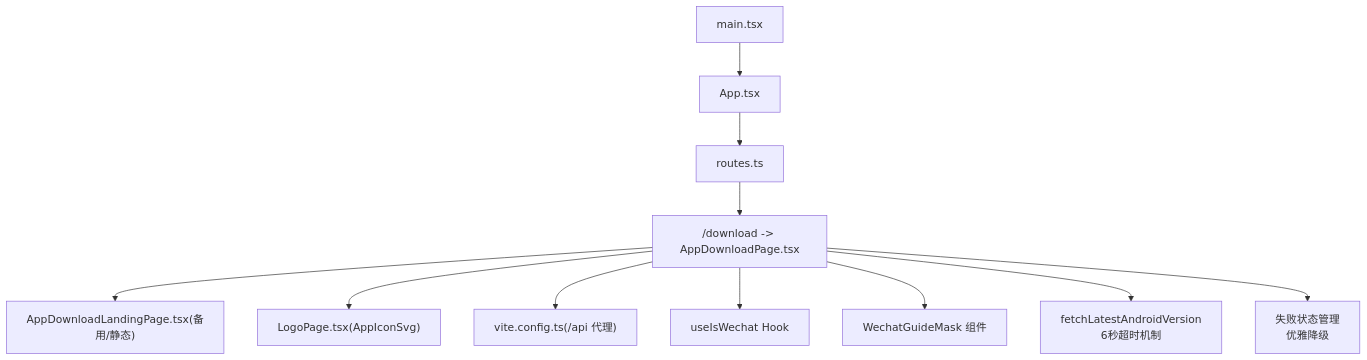
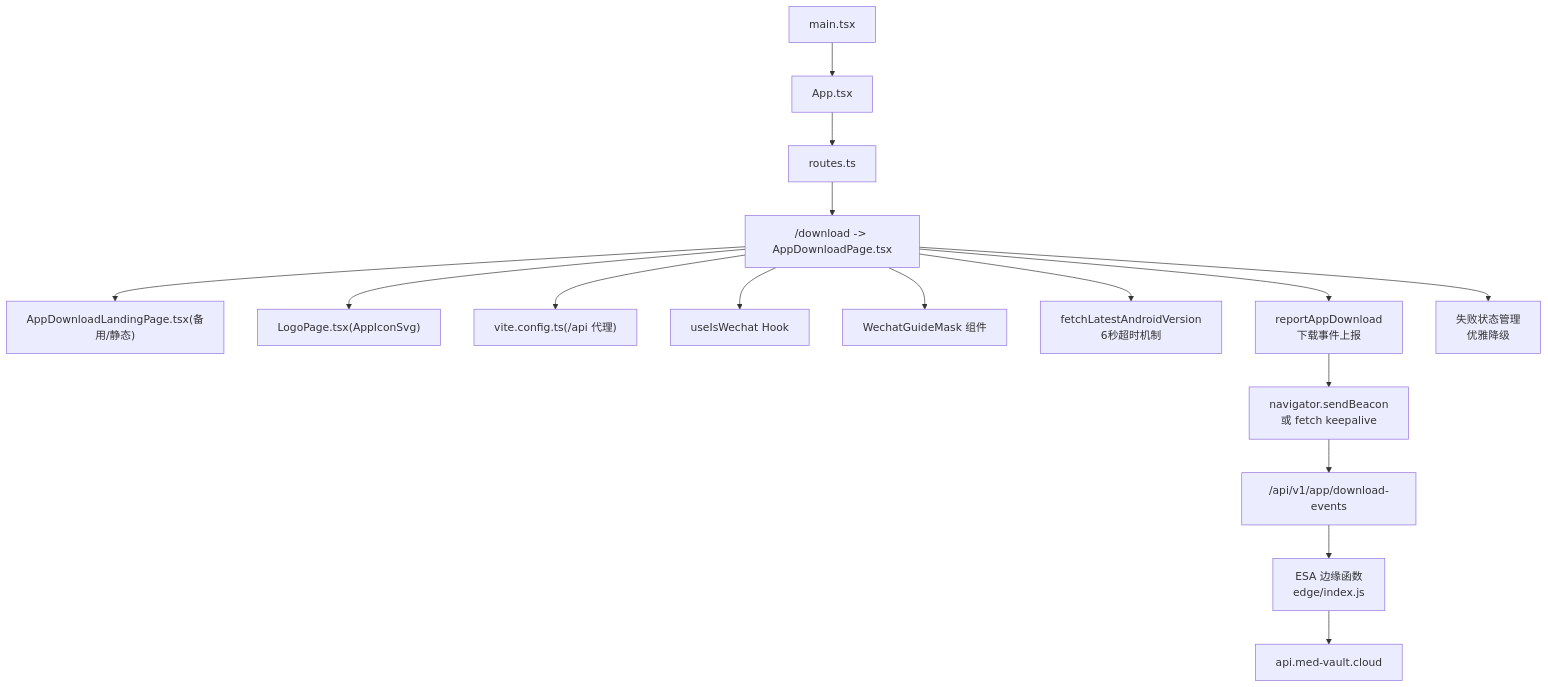
Before and after one commit to BlackWhiteBlock/med-vault-website: the first of 9 diagrams in .qoder/repowiki/zh/content/架构设计/组件架构设计/页面组件/应用下载落地页.md, drawn with Mermaid. The commit also changed other lines of this file and 2 other files, not shown here.

````diff
--- a/.qoder/repowiki/zh/content/架构设计/组件架构设计/页面组件/应用下载落地页.md
+++ b/.qoder/repowiki/zh/content/架构设计/组件架构设计/页面组件/应用下载落地页.md
@@ -57,13 +61,18 @@
 ```mermaid
 graph TB
 A["main.tsx"] --> B["App.tsx"]
 B --> C["routes.ts"]
 C --> D["/download -> AppDownloadPage.tsx"]
 D --> E["AppDownloadLandingPage.tsx(备用/静态)"]
 D --> F["LogoPage.tsx(AppIconSvg)"]
 D --> G["vite.config.ts(/api 代理)"]
 D --> H["useIsWechat Hook"]
 D --> I["WechatGuideMask 组件"]
 D --> J["fetchLatestAndroidVersion<br/>6秒超时机制"]
-D --> K["失败状态管理<br/>优雅降级"]
+D --> K["reportAppDownload<br/>下载事件上报"]
+D --> L["失败状态管理<br/>优雅降级"]
+K --> M["navigator.sendBeacon<br/>或 fetch keepalive"]
+M --> N["/api/v1/app/download-events"]
+N --> O["ESA 边缘函数<br/>edge/index.js"]
+O --> P["api.med-vault.cloud"]
 ```
````
